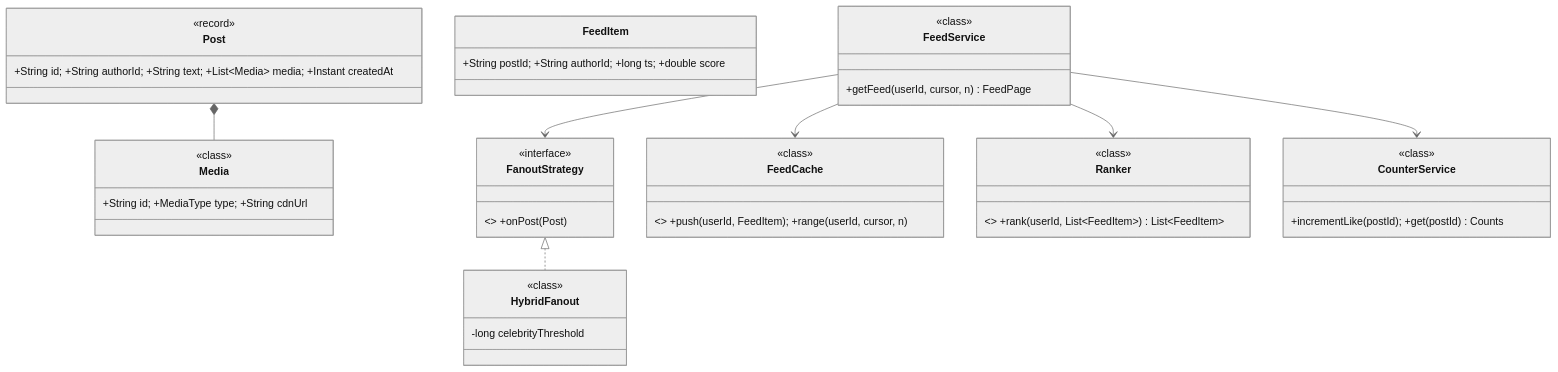
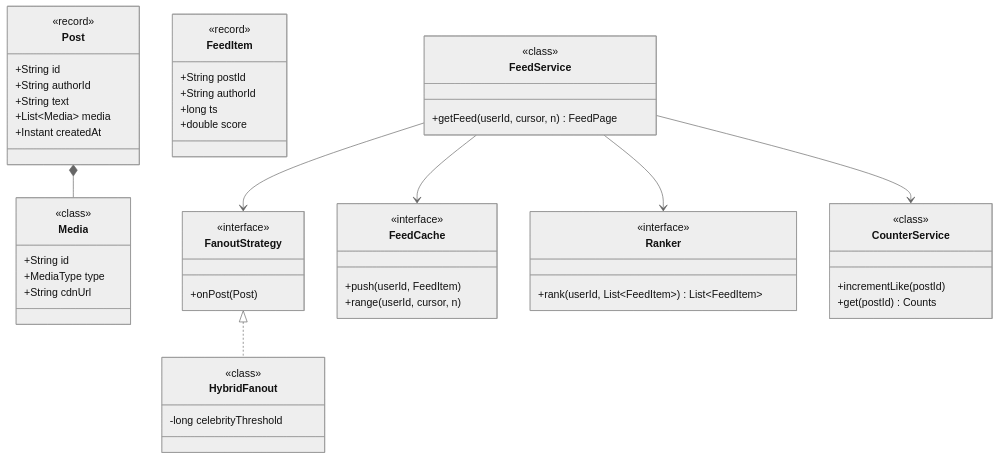
One commit to amarkum/amarkumar.guru changed the first of 2 diagrams in system-design/lld/14-news-feed.md. Above: the diagram before and after it, drawn with Mermaid (neutral theme). The commit also changed other lines of this file and 27 other files, not shown here.

````diff
--- a/system-design/lld/14-news-feed.md
+++ b/system-design/lld/14-news-feed.md
@@ -39,42 +39,75 @@
 ```mermaid
 classDiagram
-    class Post { +String id; +String authorId; +String text; +List~Media~ media; +Instant createdAt }
-    class Media { +String id; +MediaType type; +String cdnUrl }
-    class FeedItem { +String postId; +String authorId; +long ts; +double score }
-    class FanoutStrategy { <<interface>> +onPost(Post) }
-    class HybridFanout { -long celebrityThreshold }
-    class FeedCache { <<interface>> +push(userId, FeedItem); +range(userId, cursor, n) }
-    class Ranker { <<interface>> +rank(userId, List~FeedItem~) List~FeedItem~ }
-    class FeedService { +getFeed(userId, cursor, n) FeedPage }
-    class CounterService { +incrementLike(postId); +get(postId) Counts }
+    class Post {
+      +String id
+      +String authorId
+      +String text
+      +List~Media~ media
+      +Instant createdAt
+    }
+    class Media {
+      +String id
+      +MediaType type
+      +String cdnUrl
+    }
+    class FeedItem {
+      <<record>>
+      +String postId
+      +String authorId
+      +long ts
+      +double score
+    }
+    class FanoutStrategy {
+      <<interface>>
+      +onPost(Post)
+    }
+    class HybridFanout {
+      -long celebrityThreshold
+    }
+    class FeedCache {
+      <<interface>>
+      +push(userId, FeedItem)
+      +range(userId, cursor, n)
+    }
+    class Ranker {
+      <<interface>>
+      +rank(userId, List~FeedItem~) List~FeedItem~
+    }
+    class FeedService {
+      +getFeed(userId, cursor, n) FeedPage
+    }
+    class CounterService {
+      +incrementLike(postId)
+      +get(postId) Counts
+    }
     Post *-- Media
     FanoutStrategy <|.. HybridFanout
     FeedService --> FeedCache
     FeedService --> Ranker
     FeedService --> FanoutStrategy
     FeedService --> CounterService
     class FeedService {
       <<class>>
     }
     class FanoutStrategy {
       <<interface>>
     }
     class FeedCache {
       <<class>>
     }
     class CounterService {
       <<class>>
     }
     class Post {
       <<record>>
     }
     class Media {
       <<class>>
     }
     class Ranker {
       <<class>>
     }
     class HybridFanout {
       <<class>>
     }
 ```
````
